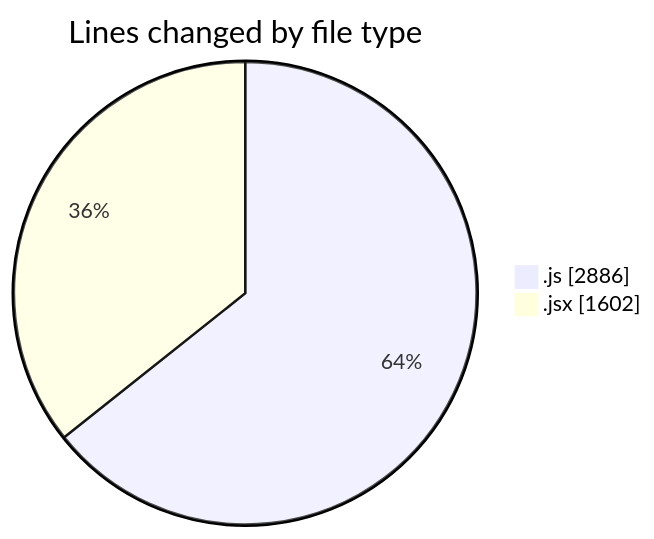
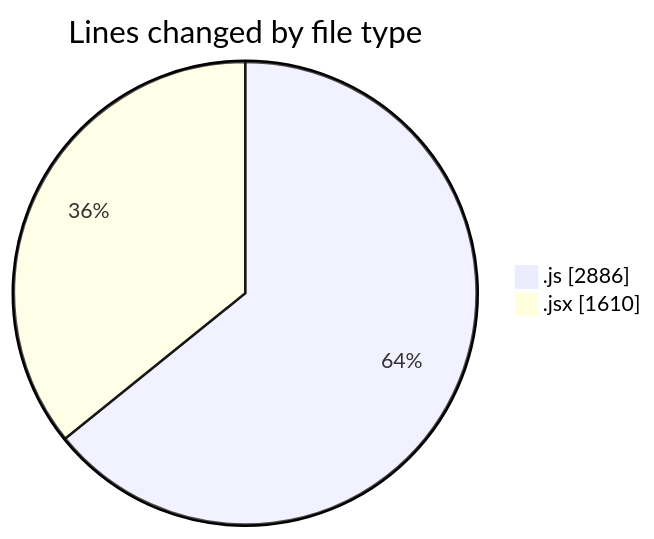
The first of 2 diagrams in 2025-11-12/argos/README.md (nxtqubesakshisongat/code-tracking), drawn with Mermaid before and after one commit. The commit also changed other lines of this file and 1 other file, not shown here.

````diff
--- a/2025-11-12/argos/README.md
+++ b/2025-11-12/argos/README.md
@@ -28,6 +28,6 @@
 ```mermaid
 pie showData
 title Lines changed by file type
 ".js" : 2886
-".jsx" : 1602
+".jsx" : 1610
 ```
````
